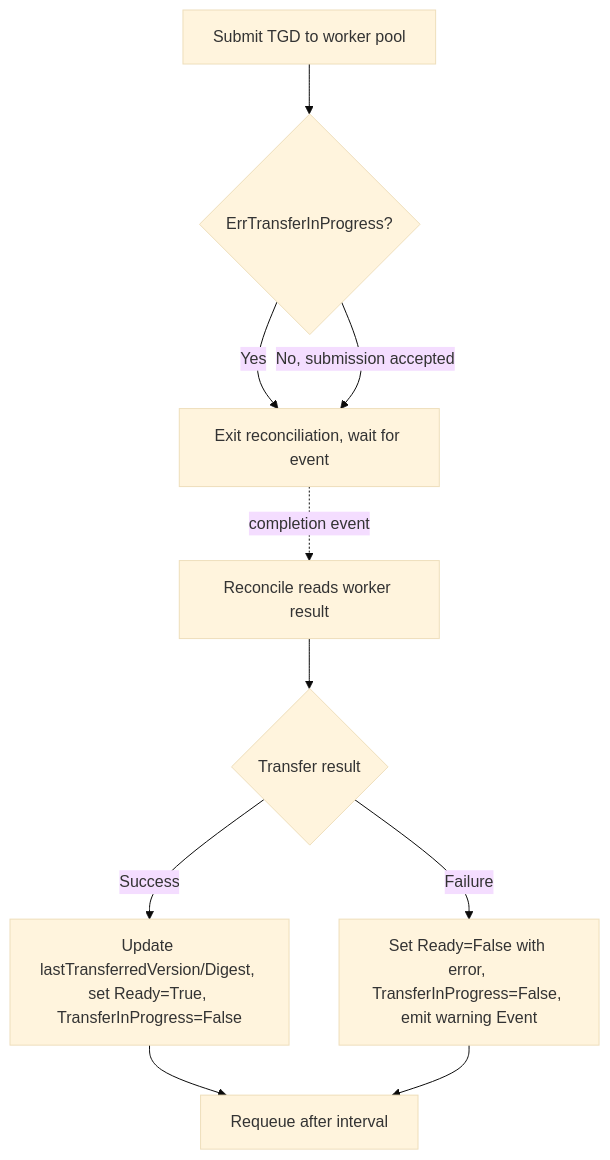
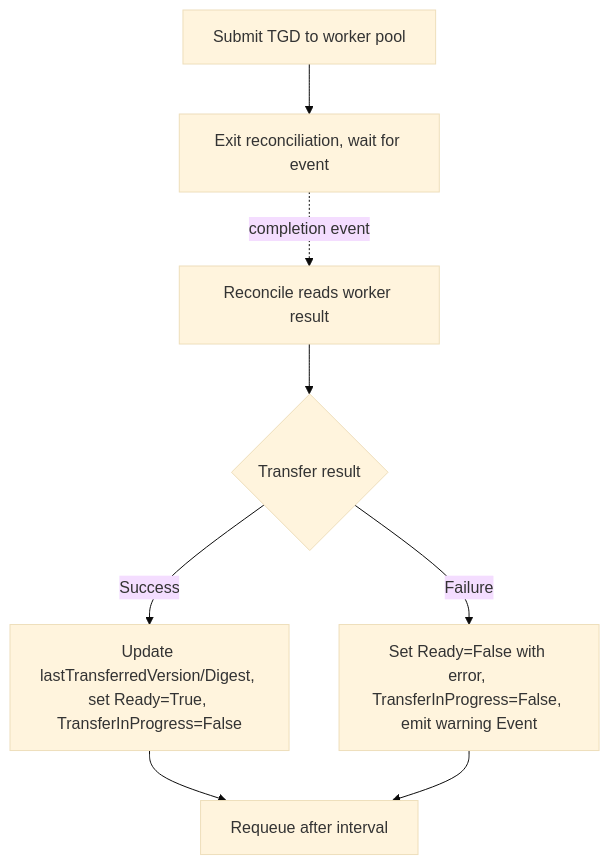
One commit to open-component-model/open-component-model changed the second of 2 diagrams in docs/adr/0017_replication_controller.md. Above: the diagram before and after it, drawn with Mermaid (base theme). The commit also changed other lines of this file, not shown here.

Commit message:
fixed the diagrams and removed configmap watch On-behalf-of: Gergely Brautigam <gergely.brautigam@sap.com>

````diff
--- a/docs/adr/0017_replication_controller.md
+++ b/docs/adr/0017_replication_controller.md
@@ -153,12 +153,10 @@
 ```mermaid
 flowchart TD
-    A[Submit TGD to worker pool] --> B{ErrTransferInProgress?}
-    B -->|Yes| C[Exit reconciliation, wait for event]
-    B -->|No, submission accepted| C
-    C -.completion event.-> R[Reconcile reads worker result]
-    R --> D{Transfer result}
+    A[Submit TGD to worker pool] --> B[Exit reconciliation, wait for event]
+    B -.completion event.-> C[Reconcile reads worker result]
+    C --> D{Transfer result}
     D -->|Success| E[Update lastTransferredVersion/Digest, set Ready=True, TransferInProgress=False]
-    D -->|Failure| G[Set Ready=False with error, TransferInProgress=False, emit warning Event]
-    E --> I[Requeue after interval]
-    G --> I
+    D -->|Failure| F[Set Ready=False with error, TransferInProgress=False, emit warning Event]
+    E --> G[Requeue after interval]
+    F --> G
 ```
````
